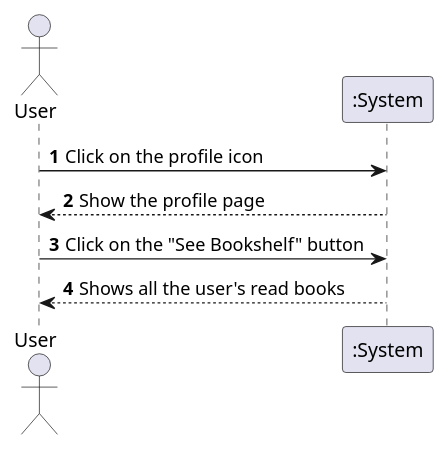
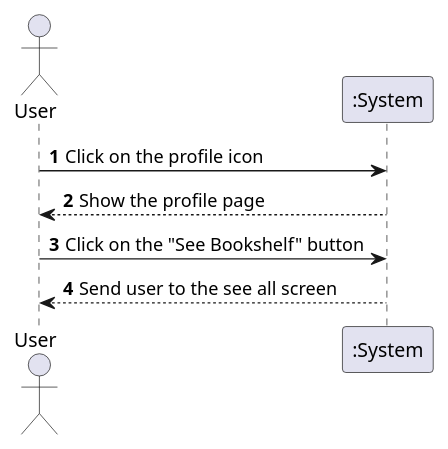
The diagram in UMLs/UC_SSD/uml/UCPS_UCSSD/UCPS1_UCSSD.puml (VitorHTeixeira/DSSMV_ProjectDroid_1232067_1241131_1241008), drawn with PlantUML before and after one commit. The commit also changed 32 other files, not shown here.

```diff
--- a/UMLs/UC_SSD/uml/UCPS_UCSSD/UCPS1_UCSSD.puml
+++ b/UMLs/UC_SSD/uml/UCPS_UCSSD/UCPS1_UCSSD.puml
@@ -1,14 +1,14 @@
 @startuml
 'https://plantuml.com/sequence-diagram
 
 autonumber
 
 actor "User" as user
 participant ":System" as sys
 
 user -> sys: Click on the profile icon
 user <-- sys: Show the profile page
 
 user -> sys: Click on the "See Bookshelf" button
-user <-- sys: Shows all the user's read books
+user <-- sys: Send user to the see all screen
 @enduml
```
